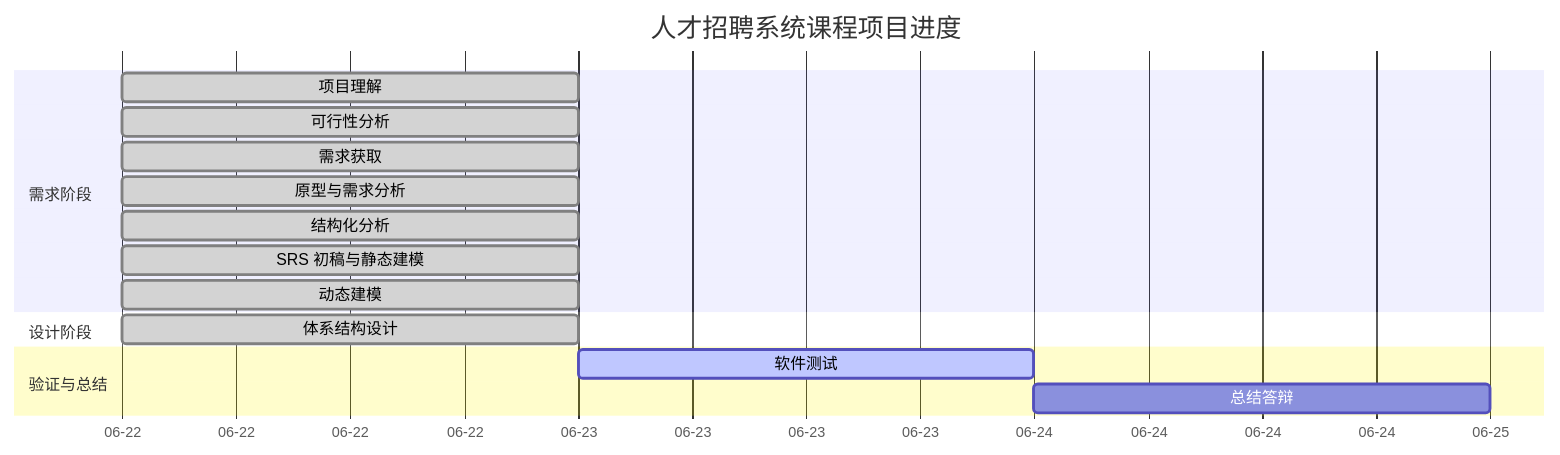
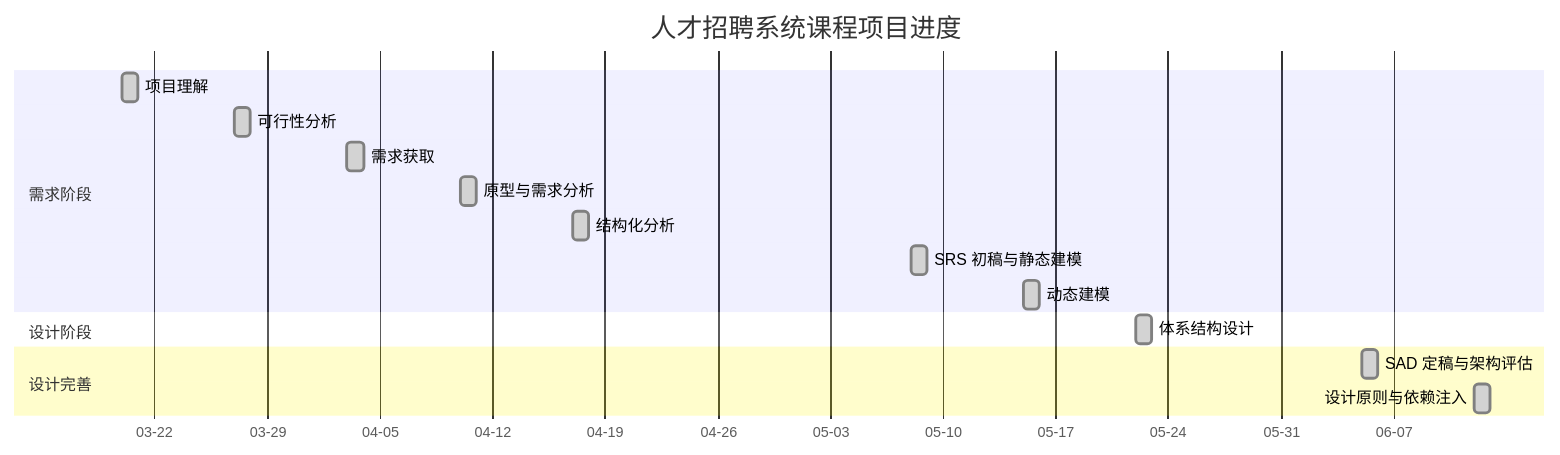
Before and after one commit to wang0-sudo/ren: the diagram in 软件工程实验成果/实验九_体系结构设计初稿/项目跟踪表.md, drawn with Mermaid. The commit also changed other lines of this file and 20 other files, not shown here.

````diff
--- a/软件工程实验成果/实验九_体系结构设计初稿/项目跟踪表.md
+++ b/软件工程实验成果/实验九_体系结构设计初稿/项目跟踪表.md
@@ -32,22 +32,22 @@
 ```mermaid
 gantt
     title 人才招聘系统课程项目进度
     dateFormat  YYYY-MM-DD
     axisFormat  %m-%d
 
     section 需求阶段
-    项目理解           :done, m1, 2026-06-22, 1d
-    可行性分析         :done, m2, 2026-06-22, 1d
-    需求获取           :done, m3, 2026-06-22, 1d
-    原型与需求分析     :done, m4, 2026-06-22, 1d
-    结构化分析         :done, m5, 2026-06-22, 1d
-    SRS 初稿与静态建模 :done, m6, 2026-06-22, 1d
-    动态建模           :done, m7, 2026-06-22, 1d
+    项目理解           :done, m1, 2026-03-20, 1d
+    可行性分析         :done, m2, 2026-03-27, 1d
+    需求获取           :done, m3, 2026-04-03, 1d
+    原型与需求分析     :done, m4, 2026-04-10, 1d
+    结构化分析         :done, m5, 2026-04-17, 1d
+    SRS 初稿与静态建模 :done, m6, 2026-05-08, 1d
+    动态建模           :done, m7, 2026-05-15, 1d
 
     section 设计阶段
-    体系结构设计       :done, m8, 2026-06-22, 1d
+    体系结构设计       :done, m8, 2026-05-22, 1d
 
-    section 验证与总结
-    软件测试           :active, m9, 2026-06-23, 1d
-    总结答辩           :m10, 2026-06-24, 1d
+    section 设计完善
+    SAD 定稿与架构评估 :done, m9, 2026-06-05, 1d
+    设计原则与依赖注入 :done, m10, 2026-06-12, 1d
 ```
````
